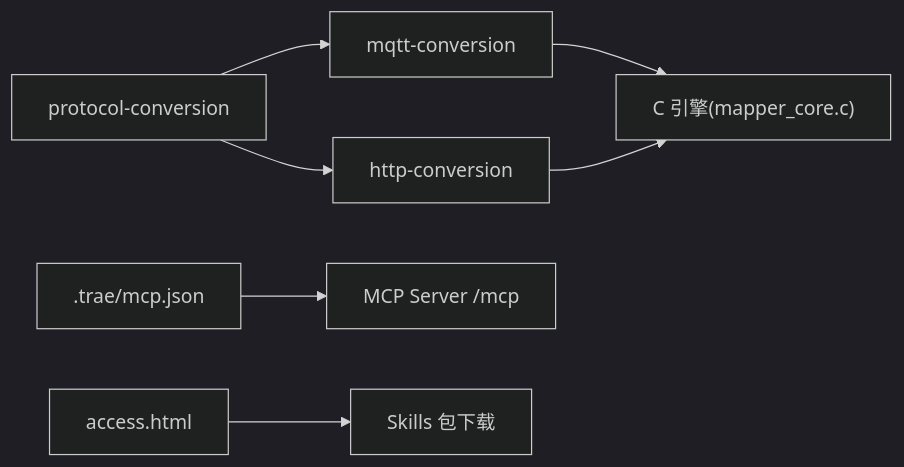
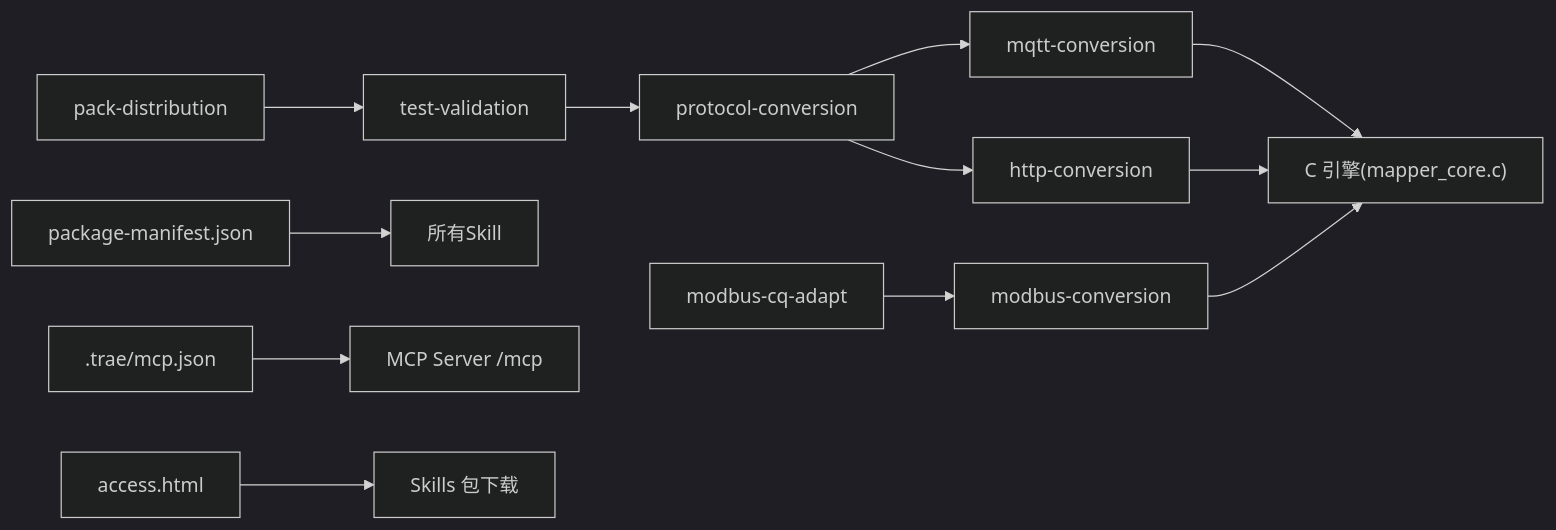
One commit to rookie-wind/web_ai changed diagram 12 of 12 in .qoder/repowiki/zh/content/技能包系统/技能包系统.md. Above: the diagram before and after it, drawn with Mermaid (dark theme). The commit also changed other lines of this file and 117 other files, not shown here.

````diff
--- a/.qoder/repowiki/zh/content/技能包系统/技能包系统.md
+++ b/.qoder/repowiki/zh/content/技能包系统/技能包系统.md
@@ -258,9 +412,14 @@
 ```mermaid
 graph LR
 PCORE["protocol-conversion"] --> MQTTC["mqtt-conversion"]
 PCORE --> HTTPC["http-conversion"]
 MQTTC --> CENG["C 引擎(mapper_core.c)"]
 HTTPC --> CENG
+MODBUS["modbus-conversion"] --> CENG
+CQ["modbus-cq-adapt"] --> MODBUS
+TEST["test-validation"] --> PCORE
+PACK["pack-distribution"] --> TEST
+PACKAGE["package-manifest.json"] --> ALL["所有Skill"]
 MCP[".trae/mcp.json"] --> SVC["MCP Server /mcp"]
 WEB["access.html"] --> DL["Skills 包下载"]
 ```
````
